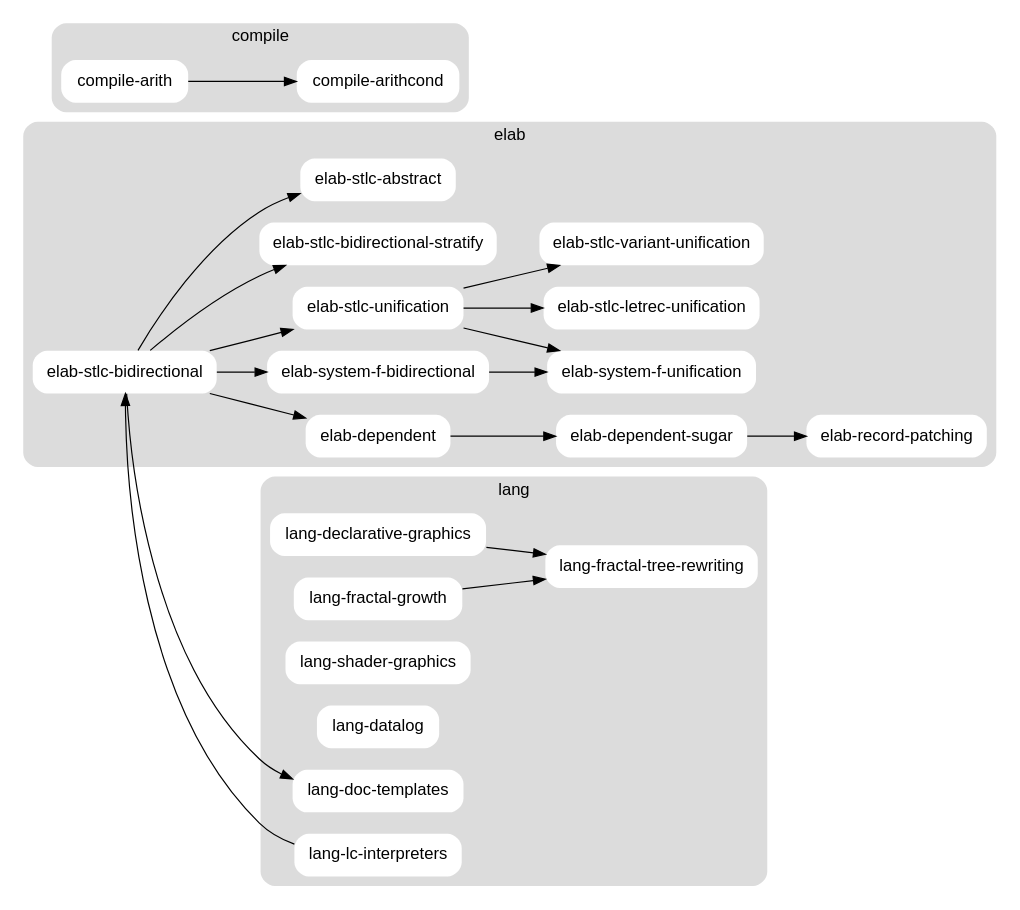
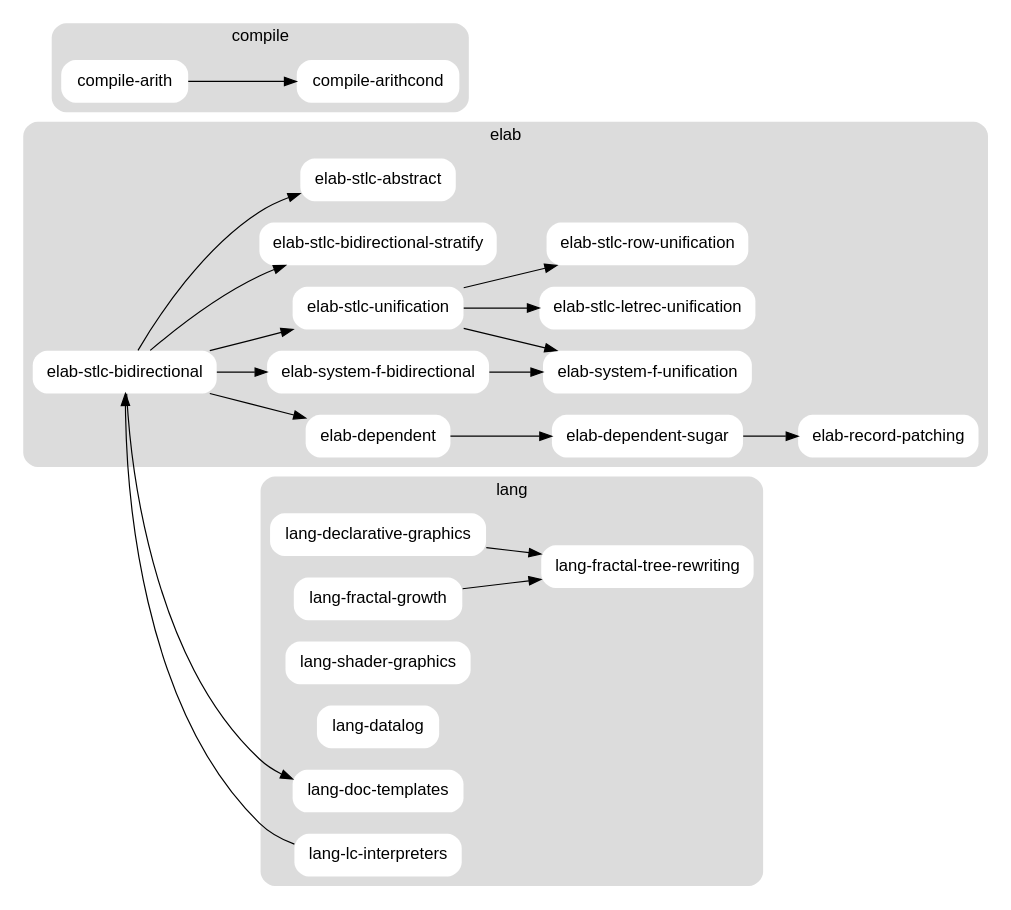
Before and after one commit to brendanzab/language-garden: the diagram in garden.dot, drawn with Graphviz. The commit also changed 18 other files, not shown here.

First line of the commit message:
change(elab-stlc-row-unification): Rename project

```diff
--- a/garden.dot
+++ b/garden.dot
@@ -1,80 +1,80 @@
 // dot -Tsvg garden.dot > garden.svg
 // dot -Tpng garden.dot | imgcat
 
 digraph garden {
 
   graph [
     color = "none",
     fillcolor = "gainsboro",
     fontname = "Helvetica,Arial,sans-serif",
     rankdir = LR,
     style = "filled, rounded",
   ];
 
   node [
     color = "none",
     fillcolor = "white",
     fontname = "Helvetica,Arial,sans-serif",
     margin = "0.2, 0.0",
     shape = "box",
     style = "filled, rounded",
   ];
 
   subgraph elab {
     label = "elab";
     cluster = true;
 
     "elab-dependent";
     "elab-dependent-sugar";
     "elab-record-patching";
 
     "elab-system-f-bidirectional";
     "elab-system-f-unification";
 
     "elab-stlc-bidirectional";
     "elab-stlc-unification";
     "elab-stlc-letrec-unification";
-    "elab-stlc-variant-unification";
+    "elab-stlc-row-unification";
     "elab-stlc-bidirectional-stratify";
     "elab-stlc-abstract";
   }
 
   subgraph compile {
     label = "compile";
     cluster = true;
 
     "compile-arith";
     "compile-arithcond";
   }
 
   subgraph lang {
     label = "lang";
     cluster = true;
 
     "lang-declarative-graphics";
     "lang-fractal-growth";
     "lang-fractal-tree-rewriting";
     "lang-shader-graphics";
     "lang-datalog";
     "lang-doc-templates";
     "lang-lc-interpreters";
   }
 
   "elab-stlc-bidirectional" -> "elab-stlc-bidirectional-stratify";
   "elab-stlc-bidirectional" -> "elab-stlc-unification";
   "elab-stlc-bidirectional" -> "elab-stlc-abstract";
   "elab-stlc-bidirectional" -> "elab-system-f-bidirectional";
   "elab-stlc-bidirectional" -> "elab-dependent";
   "elab-stlc-bidirectional" -> "lang-doc-templates";
   "elab-stlc-unification" -> "elab-stlc-letrec-unification";
-  "elab-stlc-unification" -> "elab-stlc-variant-unification";
+  "elab-stlc-unification" -> "elab-stlc-row-unification";
   "elab-stlc-unification" -> "elab-system-f-unification";
   "elab-system-f-bidirectional" -> "elab-system-f-unification";
   "elab-dependent" -> "elab-dependent-sugar";
   "elab-dependent-sugar" -> "elab-record-patching";
   "compile-arith" -> "compile-arithcond";
   "lang-lc-interpreters" -> "elab-stlc-bidirectional";
   "lang-fractal-growth" -> "lang-fractal-tree-rewriting";
   "lang-declarative-graphics" -> "lang-fractal-tree-rewriting";
 
 }
```
